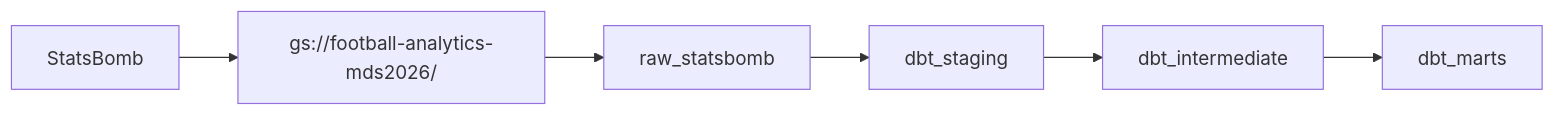
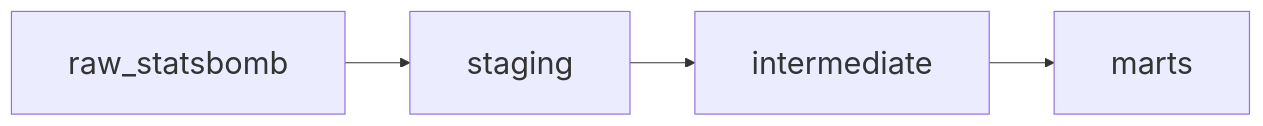
One commit to TrilemmaFoundation/UBC-MDS-Soccer-Capstone-2026 changed the second of 2 diagrams in presentation/final_presentation.qmd. Above: the diagram before and after it, drawn with Mermaid. The commit also changed other lines of this file and 6 other files, not shown here.

````diff
--- a/presentation/final_presentation.qmd
+++ b/presentation/final_presentation.qmd
@@ -352,9 +322,8 @@
 ```{mermaid}
-%%| fig-width: 10
+%%| fig-width: 14
+%%{init: {'themeVariables': {'fontSize': '26px'}, 'flowchart': {'nodeSpacing': 70, 'rankSpacing': 55, 'padding': 24}}}%%
 flowchart LR
-    SB[StatsBomb] --> GCS["gs://football-analytics-mds2026/"]
-    GCS --> RAW[raw_statsbomb]
-    RAW --> STG[dbt_staging]
-    STG --> INT[dbt_intermediate]
-    INT --> MART[dbt_marts]
+    RAW[raw_statsbomb] --> STG[staging]
+    STG --> INT[intermediate]
+    INT --> MART[marts]
 ```
````
